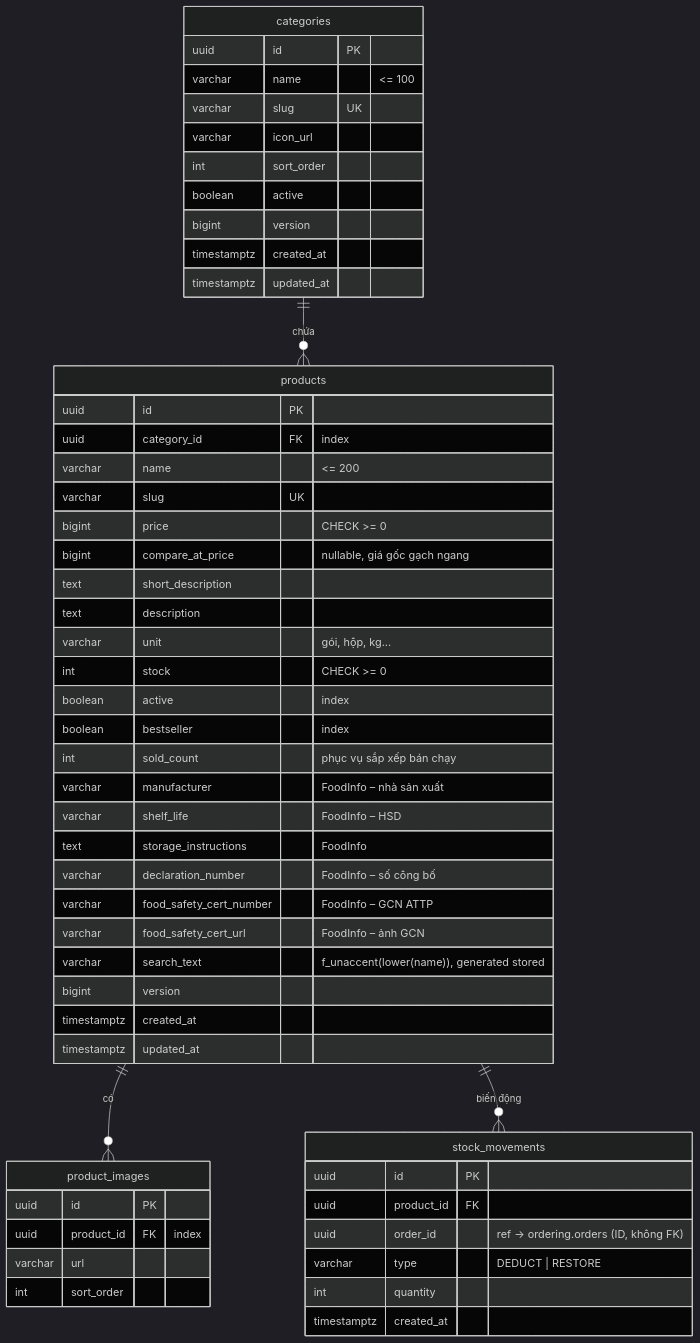
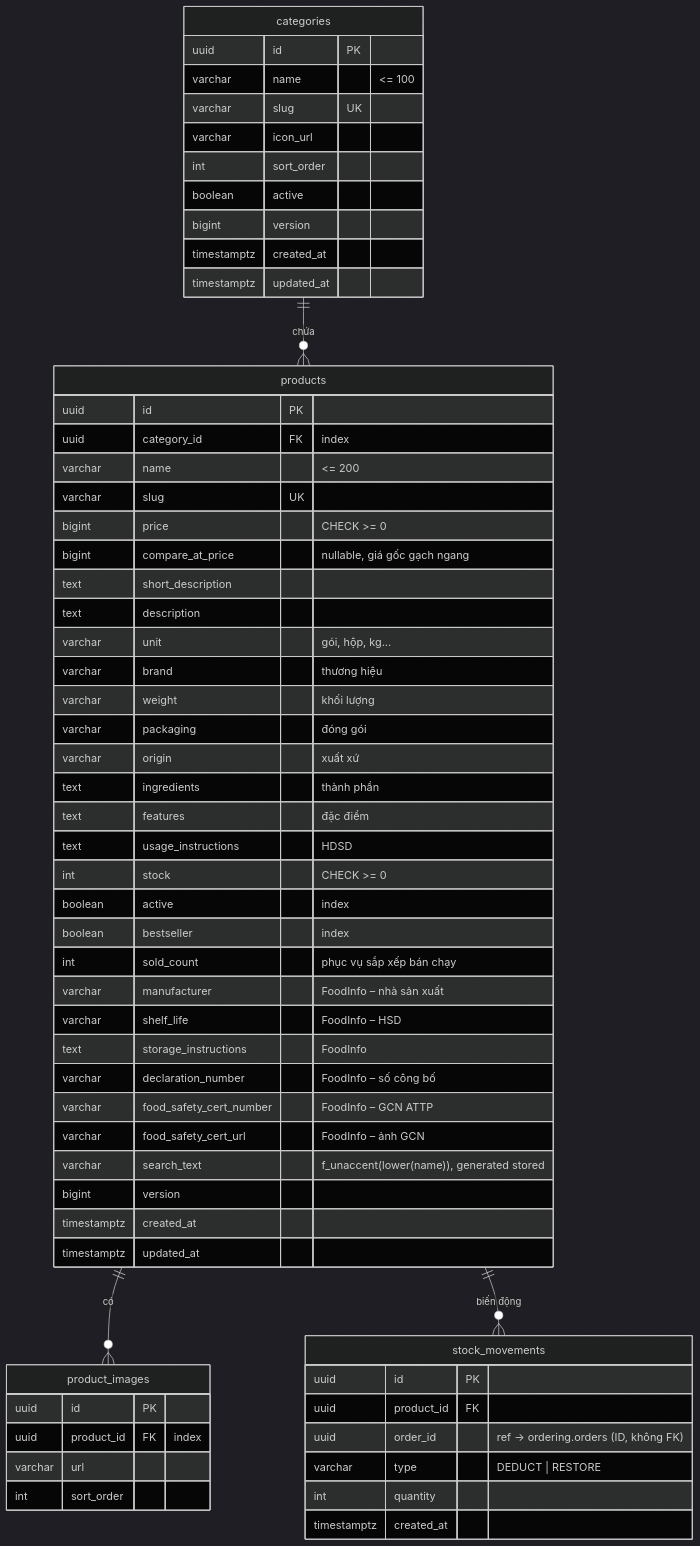
Before and after one commit to Vietnguyen203/Hwingroupweb: the second of 6 diagrams in docs/02-erd.md, drawn with Mermaid (dark theme). The commit also changed other lines of this file and 43 other files, not shown here.

````diff
--- a/docs/02-erd.md
+++ b/docs/02-erd.md
@@ -88,60 +88,67 @@
 ```mermaid
 erDiagram
     categories ||--o{ products : "chứa"
     products ||--o{ product_images : "có"
     products ||--o{ stock_movements : "biến động"
 
     categories {
         uuid id PK
         varchar name "<= 100"
         varchar slug UK
         varchar icon_url
         int sort_order
         boolean active
         bigint version
         timestamptz created_at
         timestamptz updated_at
     }
 
     products {
         uuid id PK
         uuid category_id FK "index"
         varchar name "<= 200"
         varchar slug UK
         bigint price "CHECK >= 0"
         bigint compare_at_price "nullable, giá gốc gạch ngang"
         text short_description
         text description
         varchar unit "gói, hộp, kg..."
+        varchar brand "thương hiệu"
+        varchar weight "khối lượng"
+        varchar packaging "đóng gói"
+        varchar origin "xuất xứ"
+        text ingredients "thành phần"
+        text features "đặc điểm"
+        text usage_instructions "HDSD"
         int stock "CHECK >= 0"
         boolean active "index"
         boolean bestseller "index"
         int sold_count "phục vụ sắp xếp bán chạy"
         varchar manufacturer "FoodInfo – nhà sản xuất"
         varchar shelf_life "FoodInfo – HSD"
         text storage_instructions "FoodInfo"
         varchar declaration_number "FoodInfo – số công bố"
         varchar food_safety_cert_number "FoodInfo – GCN ATTP"
         varchar food_safety_cert_url "FoodInfo – ảnh GCN"
         varchar search_text "f_unaccent(lower(name)), generated stored"
         bigint version
         timestamptz created_at
         timestamptz updated_at
     }
 
     product_images {
         uuid id PK
         uuid product_id FK "index"
         varchar url
         int sort_order
     }
 
     stock_movements {
         uuid id PK
         uuid product_id FK
         uuid order_id "ref → ordering.orders (ID, không FK)"
         varchar type "DEDUCT | RESTORE"
         int quantity
         timestamptz created_at
     }
 ```
````
